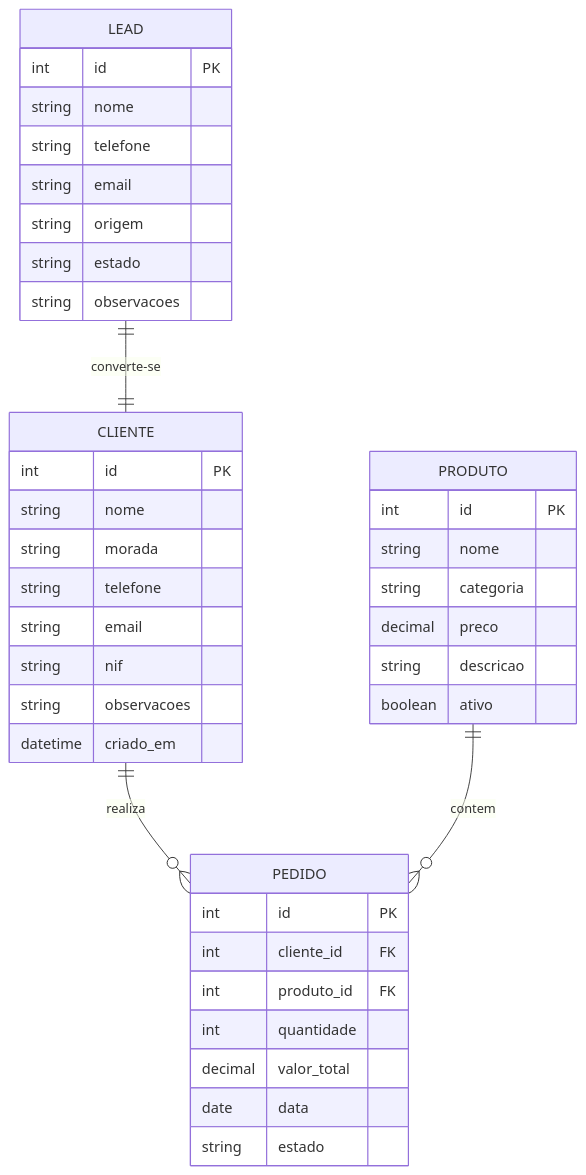
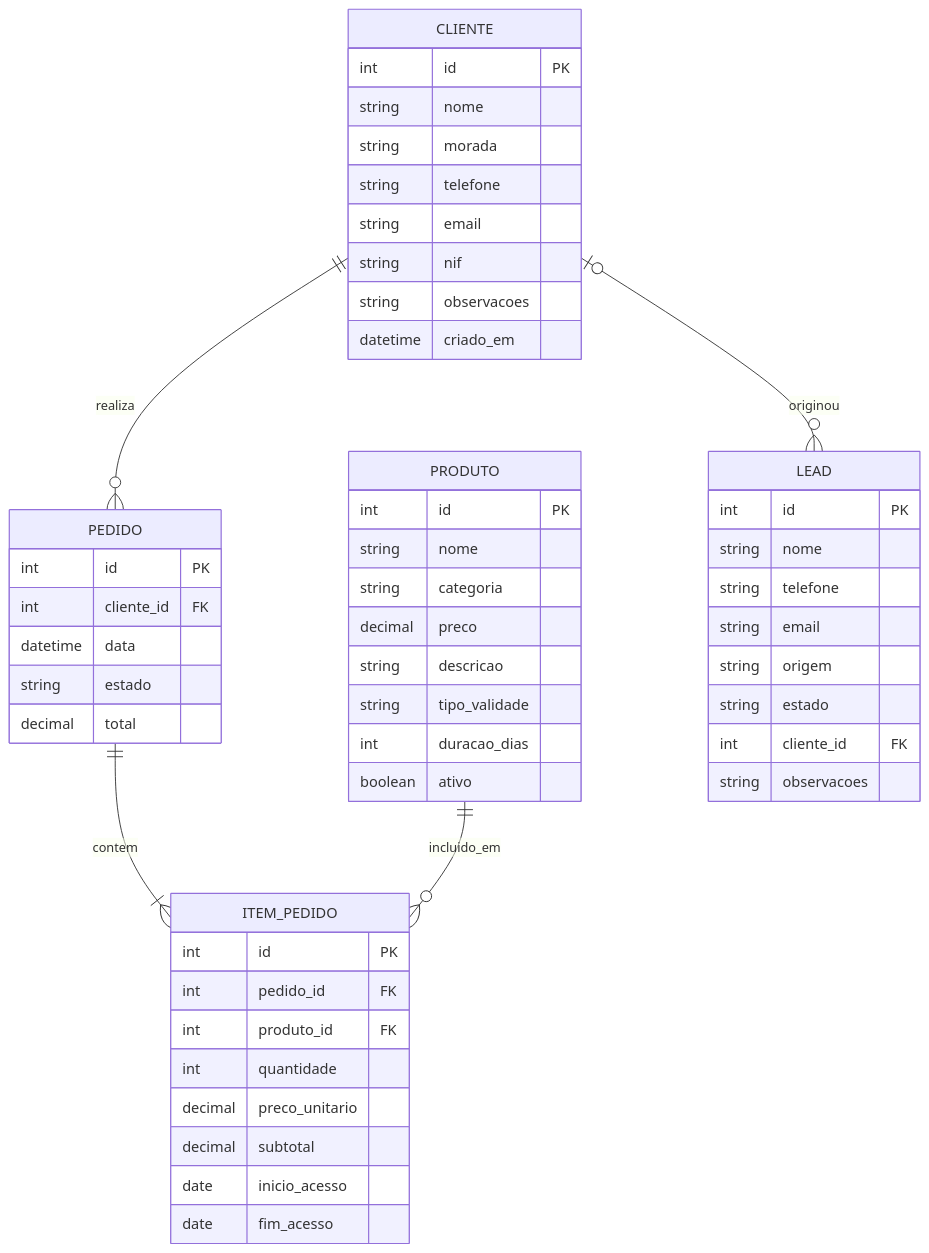
Before and after one commit to jeffersonprg/FDT_Sales_Manager: the diagram in docs/05_Diagrama_ERD.md, drawn with Mermaid. The commit also changed other lines of this file and 5 other files, not shown here.

````diff
--- a/docs/05_Diagrama_ERD.md
+++ b/docs/05_Diagrama_ERD.md
@@ -6,47 +7,60 @@
 ```mermaid
 erDiagram
 
     CLIENTE ||--o{ PEDIDO : realiza
-    PRODUTO ||--o{ PEDIDO : contem
-    LEAD ||--|| CLIENTE : converte-se
+    PEDIDO ||--|{ ITEM_PEDIDO : contem
+    PRODUTO ||--o{ ITEM_PEDIDO : incluido_em
+    CLIENTE o|--o{ LEAD : originou
 
     CLIENTE {
         int id PK
         string nome
         string morada
         string telefone
         string email
         string nif
         string observacoes
         datetime criado_em
     }
 
     PRODUTO {
         int id PK
         string nome
         string categoria
         decimal preco
         string descricao
+        string tipo_validade
+        int duracao_dias
         boolean ativo
     }
 
     PEDIDO {
         int id PK
         int cliente_id FK
+        datetime data
+        string estado
+        decimal total
+    }
+
+    ITEM_PEDIDO {
+        int id PK
+        int pedido_id FK
         int produto_id FK
         int quantidade
-        decimal valor_total
-        date data
-        string estado
+        decimal preco_unitario
+        decimal subtotal
+        date inicio_acesso
+        date fim_acesso
     }
 
     LEAD {
         int id PK
         string nome
         string telefone
         string email
         string origem
         string estado
+        int cliente_id FK
         string observacoes
     }
 ```
````
